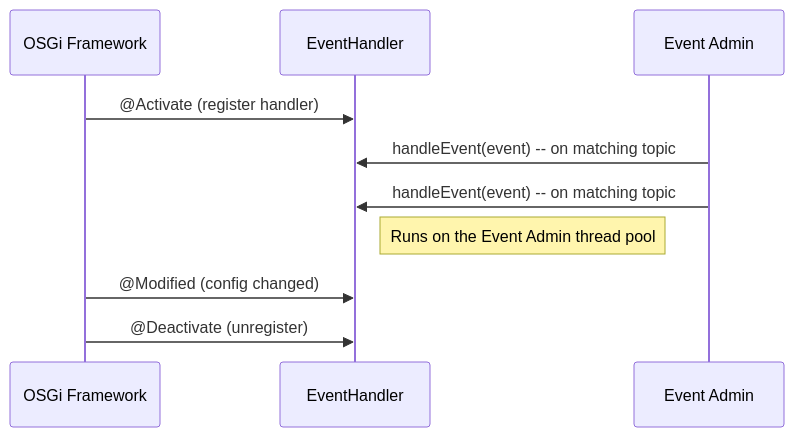
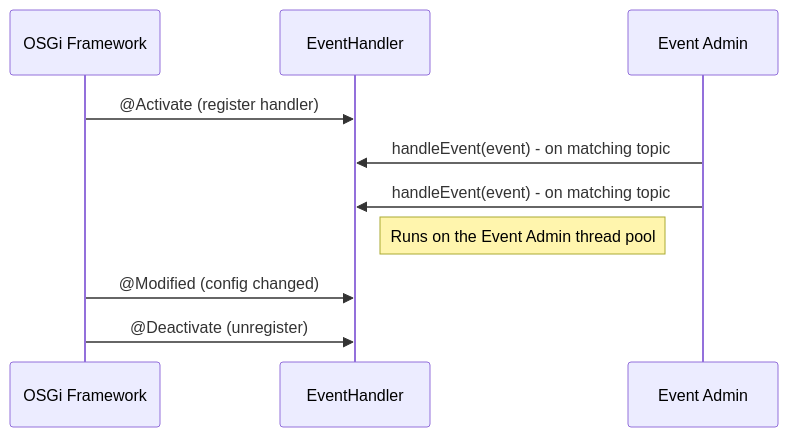
The second of 2 diagrams in docs/aem/backend/event-listener.mdx (LucaNerlich/lucanerlich.com), drawn with Mermaid before and after one commit. The commit also changed other lines of this file and 226 other files, not shown here.

````diff
--- a/docs/aem/backend/event-listener.mdx
+++ b/docs/aem/backend/event-listener.mdx
@@ -844,13 +844,13 @@
 ```mermaid
 sequenceDiagram
     participant OSGi as OSGi Framework
     participant Handler as EventHandler
     participant EventAdmin as Event Admin
 
     OSGi->>Handler: @Activate (register handler)
-    EventAdmin->>Handler: handleEvent(event) -- on matching topic
-    EventAdmin->>Handler: handleEvent(event) -- on matching topic
+    EventAdmin->>Handler: handleEvent(event) - on matching topic
+    EventAdmin->>Handler: handleEvent(event) - on matching topic
     Note right of Handler: Runs on the Event Admin thread pool
     OSGi->>Handler: @Modified (config changed)
     OSGi->>Handler: @Deactivate (unregister)
 ```
````
